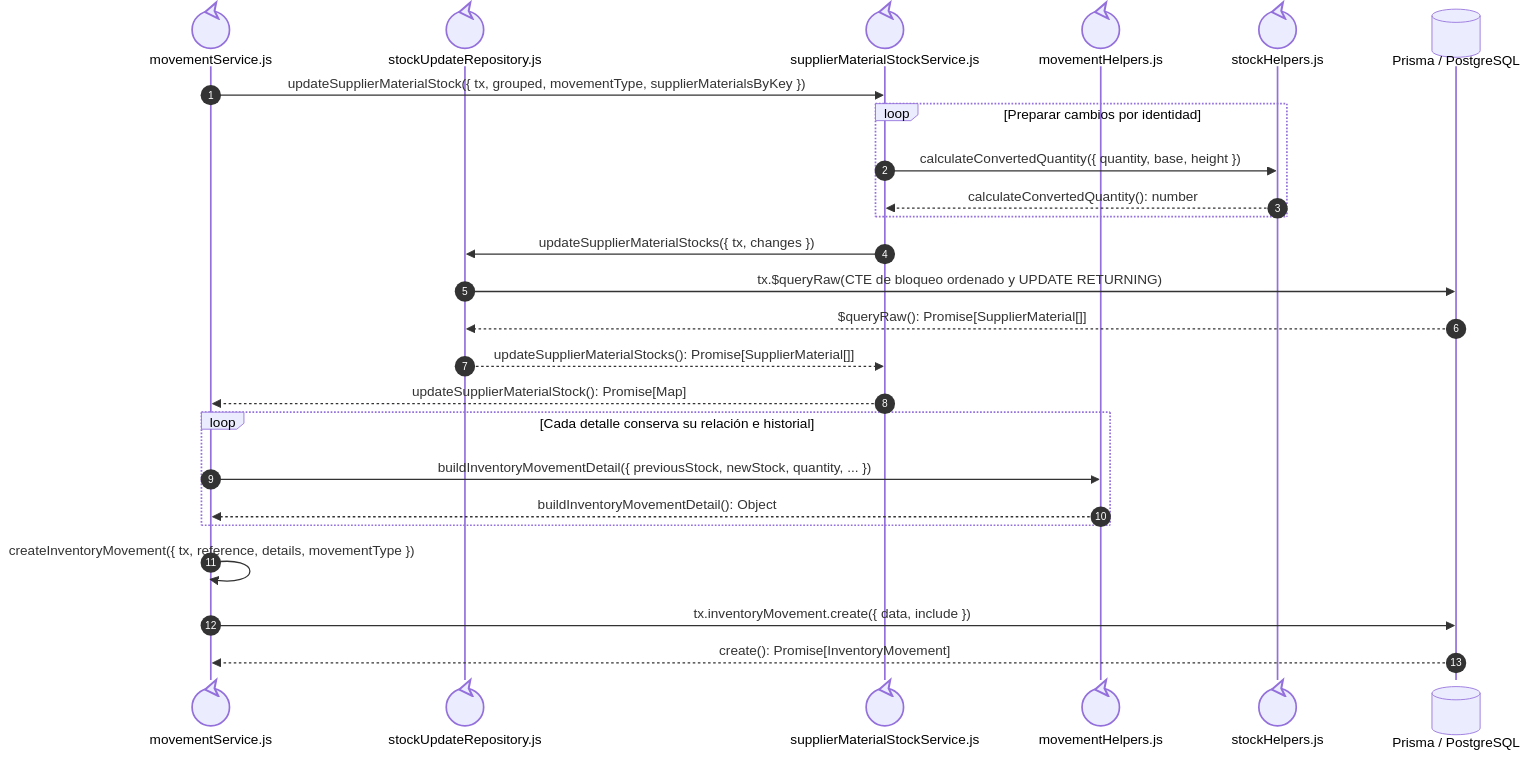
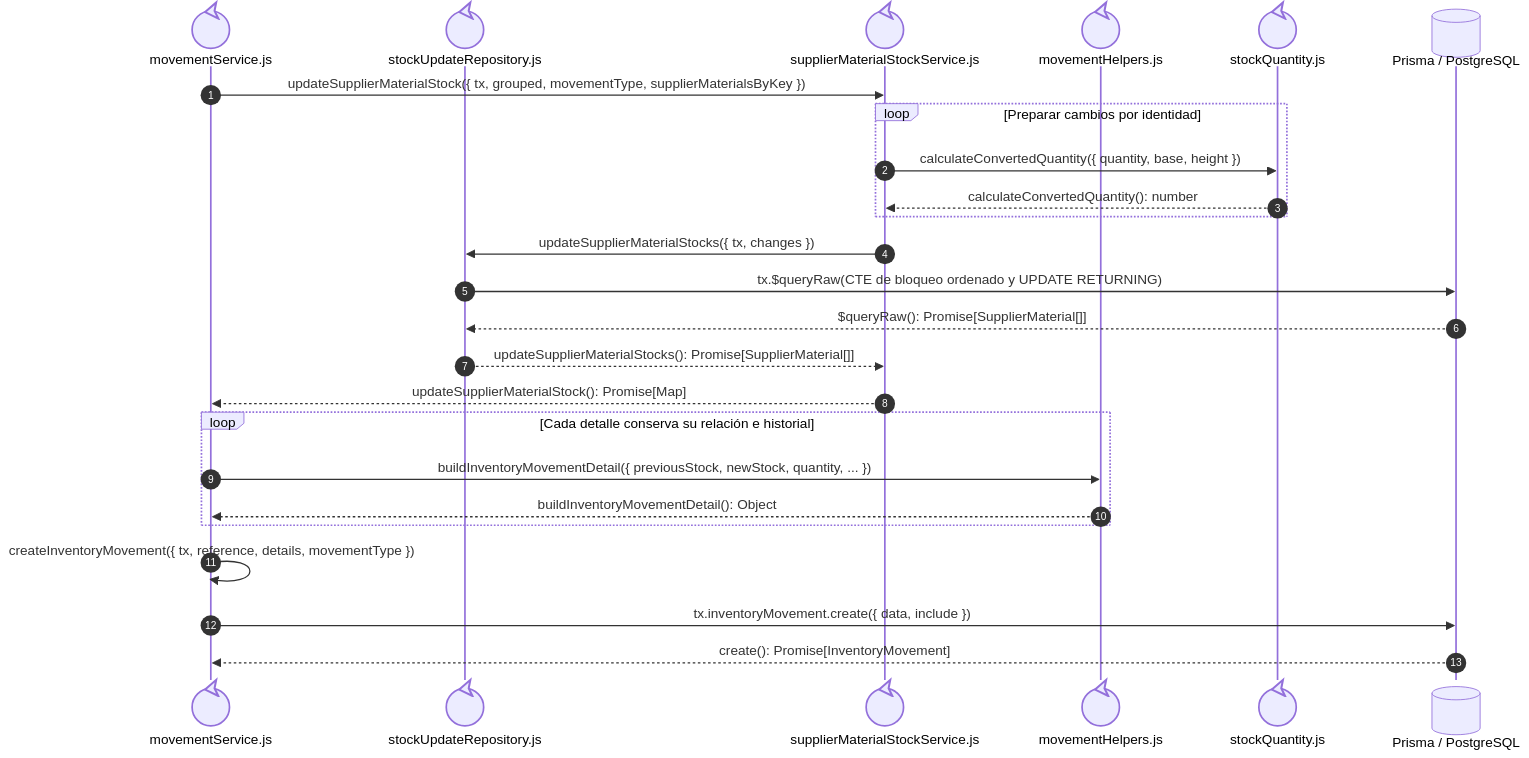
One commit to gpgsistemas01/nexus changed the sixth of 6 diagrams in back/docs/architecture/views/processes/backend-code-sequences/issues/cu-sal-19.md. Above: the diagram before and after it, drawn with Mermaid. The commit also changed other lines of this file and 90 other files, not shown here.

````diff
--- a/back/docs/architecture/views/processes/backend-code-sequences/issues/cu-sal-19.md
+++ b/back/docs/architecture/views/processes/backend-code-sequences/issues/cu-sal-19.md
@@ -217,27 +217,27 @@
 ```mermaid
 sequenceDiagram
     autonumber
     participant Inventory@{ "type": "control" } as movementService.js
     participant StockUpdateRepo@{ "type": "control" } as stockUpdateRepository.js
     participant StockBalance@{ "type": "control" } as supplierMaterialStockService.js
     participant MovementHelpers@{ "type": "control" } as movementHelpers.js
-    participant StockChecks@{ "type": "control" } as stockHelpers.js
+    participant StockQuantity@{ "type": "control" } as stockQuantity.js
     participant Prisma@{ "type": "database" } as Prisma / PostgreSQL
     Inventory->>StockBalance: updateSupplierMaterialStock({ tx, grouped, movementType, supplierMaterialsByKey })
     loop Preparar cambios por identidad
-        StockBalance->>StockChecks: calculateConvertedQuantity({ quantity, base, height })
-        StockChecks-->>StockBalance: calculateConvertedQuantity(): number
+        StockBalance->>StockQuantity: calculateConvertedQuantity({ quantity, base, height })
+        StockQuantity-->>StockBalance: calculateConvertedQuantity(): number
     end
     StockBalance->>StockUpdateRepo: updateSupplierMaterialStocks({ tx, changes })
     StockUpdateRepo->>Prisma: tx.$queryRaw(CTE de bloqueo ordenado y UPDATE RETURNING)
     Prisma-->>StockUpdateRepo: $queryRaw(): Promise[SupplierMaterial[]]
     StockUpdateRepo-->>StockBalance: updateSupplierMaterialStocks(): Promise[SupplierMaterial[]]
     StockBalance-->>Inventory: updateSupplierMaterialStock(): Promise[Map]
     loop Cada detalle conserva su relación e historial
         Inventory->>MovementHelpers: buildInventoryMovementDetail({ previousStock, newStock, quantity, ... })
         MovementHelpers-->>Inventory: buildInventoryMovementDetail(): Object
     end
     Inventory->>Inventory: createInventoryMovement({ tx, reference, details, movementType })
     Inventory->>Prisma: tx.inventoryMovement.create({ data, include })
     Prisma-->>Inventory: create(): Promise[InventoryMovement]
 ```
````
